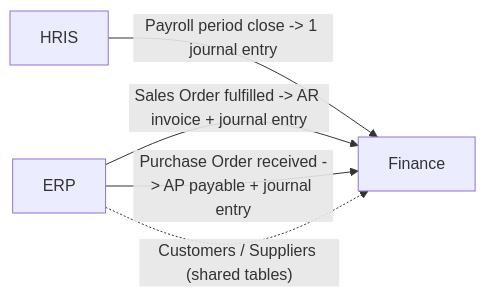
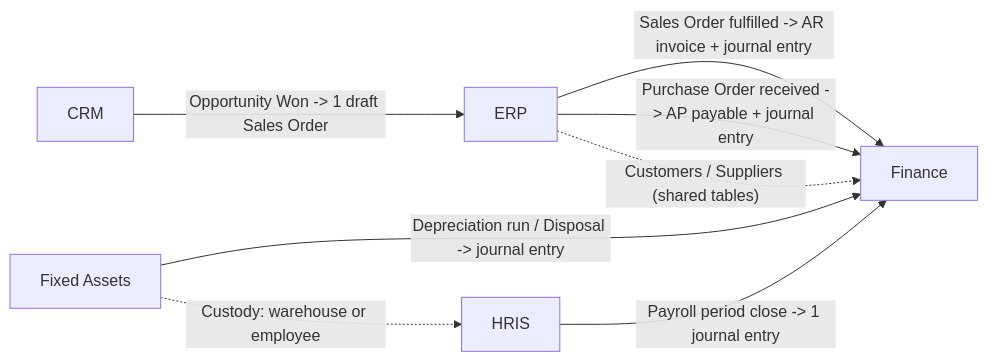
Before and after one commit to NanaBanana14/management-enterprise: the seventh of 7 diagrams in README.md, drawn with Mermaid. The commit also changed other lines of this file and 4 other files, not shown here.

````diff
--- a/README.md
+++ b/README.md
@@ -321,11 +390,16 @@
 ```mermaid
 flowchart LR
     HRIS[HRIS]
     ERP[ERP]
     FIN[Finance]
+    CRM[CRM]
+    ASSETS[Fixed Assets]
 
     HRIS -->|"Payroll period close -> 1 journal entry"| FIN
     ERP -->|"Sales Order fulfilled -> AR invoice + journal entry"| FIN
     ERP -->|"Purchase Order received -> AP payable + journal entry"| FIN
     ERP -.->|"Customers / Suppliers (shared tables)"| FIN
+    CRM -->|"Opportunity Won -> 1 draft Sales Order"| ERP
+    ASSETS -->|"Depreciation run / Disposal -> journal entry"| FIN
+    ASSETS -.->|"Custody: warehouse or employee"| HRIS
 ```
````
